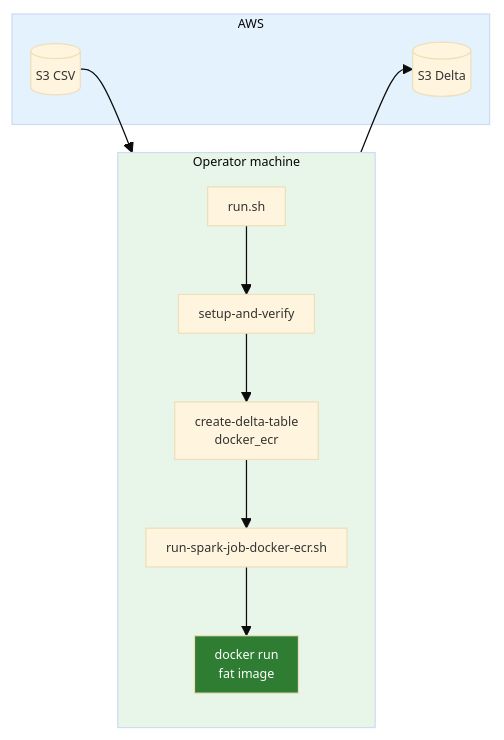
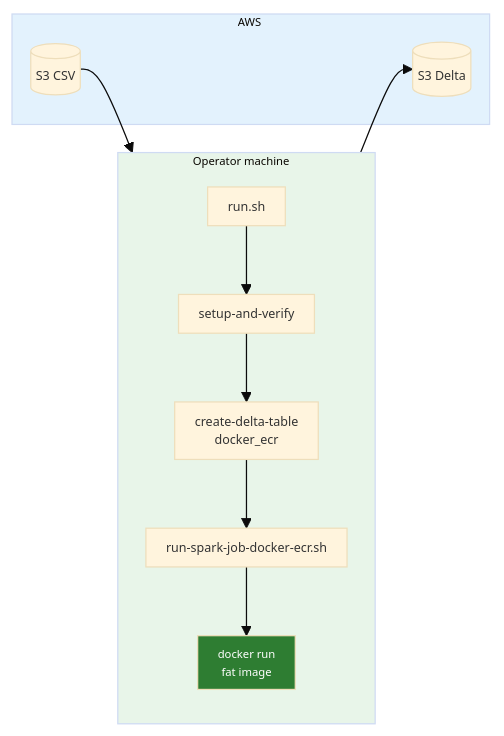
One commit to horselord-joe-8053/ultra-fru-genai-analytics-new changed the third of 4 diagrams in docs/war_stories/WAR_STORIES_AWS.md. Above: the diagram before and after it, drawn with Mermaid. The commit also changed other lines of this file and 5 other files, not shown here.

````diff
--- a/docs/war_stories/WAR_STORIES_AWS.md
+++ b/docs/war_stories/WAR_STORIES_AWS.md
@@ -715,22 +828,22 @@
 ```mermaid
 %%{init: {'theme':'base', 'themeVariables': {'fontSize':'10px'}, 'flowchart': {'padding': 8, 'nodeSpacing': 25, 'rankSpacing': 30 }}}%%
 flowchart LR
   subgraph local["Operator machine"]
     direction TB
     A[run.sh]
     B[setup-and-verify]
     C[create-delta-table<br/>docker_ecr]
     D[run-spark-job-docker-ecr.sh]
     E[docker run<br/>fat image]
     A --> B --> C --> D --> E
   end
   G --> E
   E --> H
   subgraph aws["AWS"]
     G[(S3 CSV)]
     H[(S3 Delta)]
   end
-  style local fill:#e8f5e9
-  style aws fill:#e3f2fd
-  style E fill:#2e7d32,color:#fff
+  style local fill:#e8f5e9,font-size:9px
+  style aws fill:#e3f2fd,font-size:9px
+  style E fill:#2e7d32,color:#fff,font-size:9px
 ```
````
